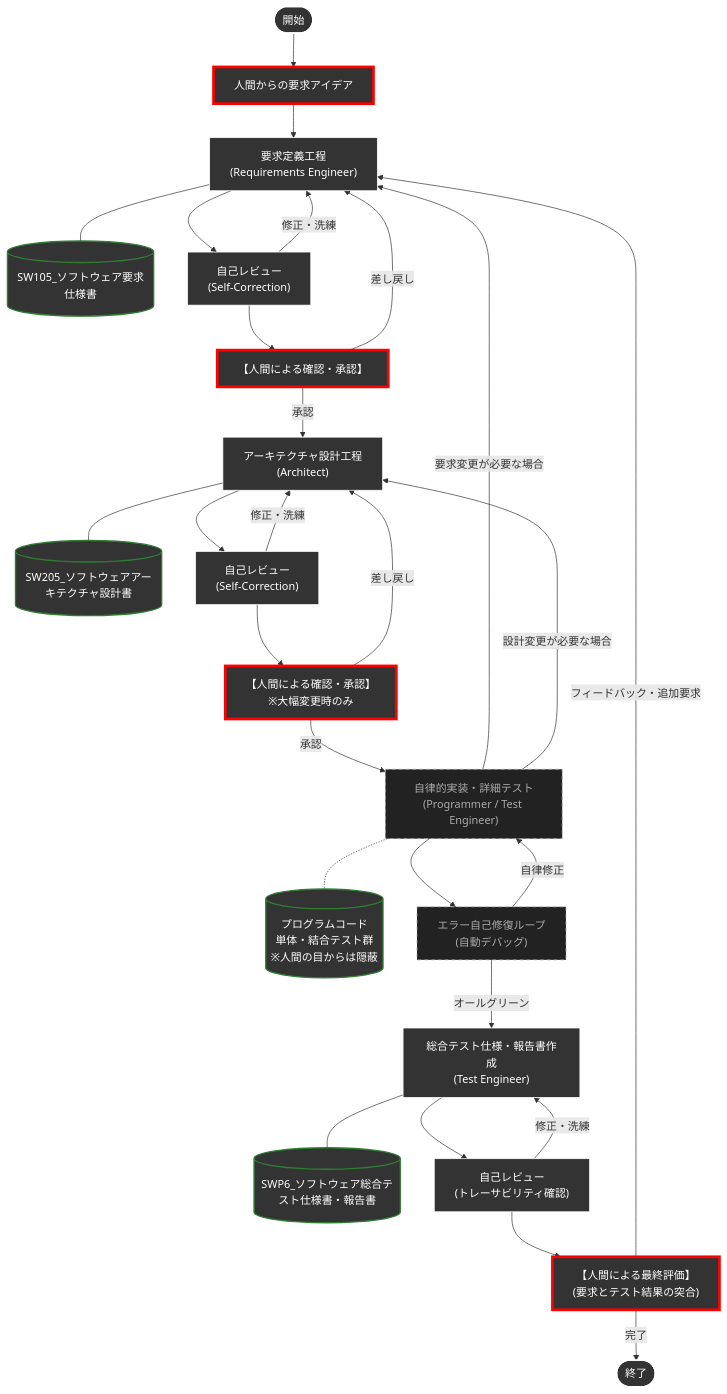
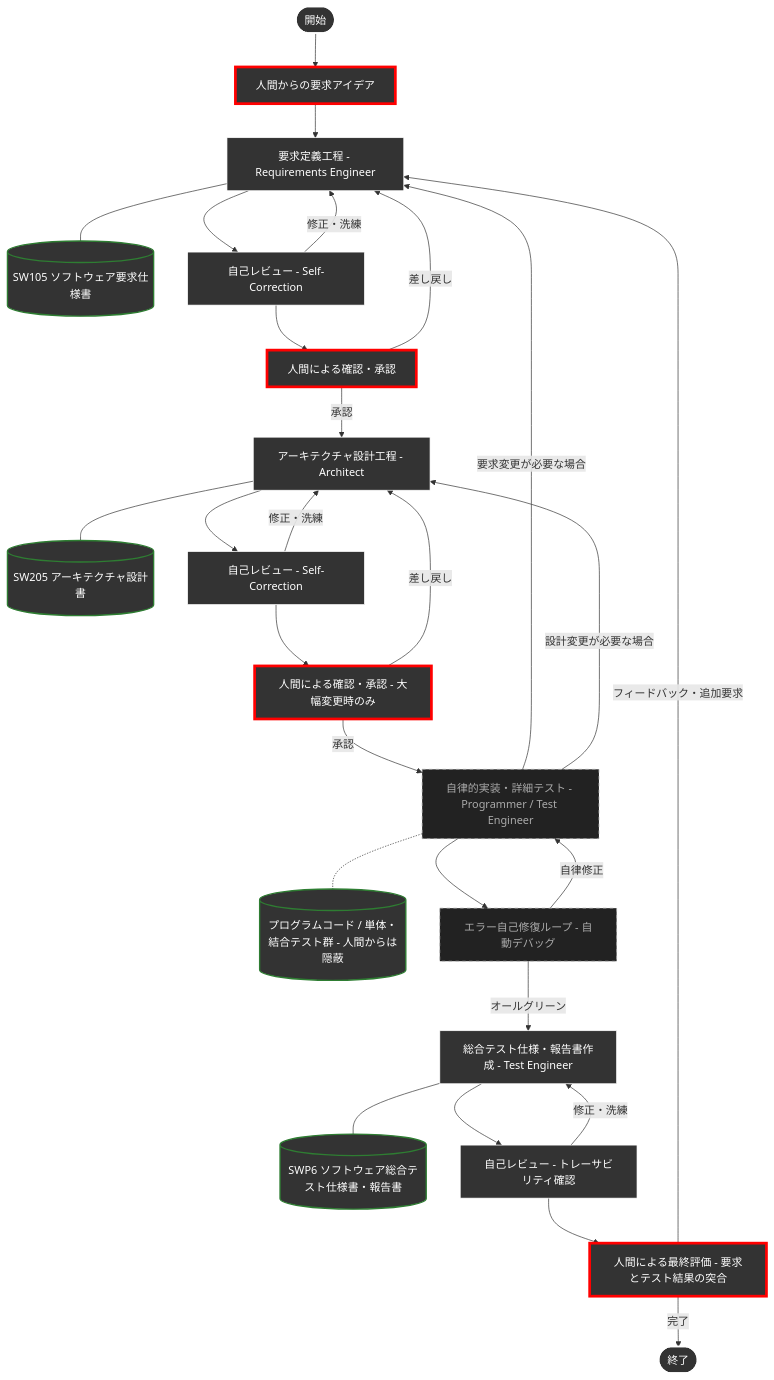
Before and after one commit to yamaPiT/SmartScene: the diagram in README.md, drawn with Mermaid. The commit also changed 3 other files, not shown here.

````diff
--- a/README.md
+++ b/README.md
@@ -40,45 +40,46 @@
 ```mermaid
 graph TD
     Start(["開始"]) --> UserReq["人間からの要求アイデア"]
-    UserReq --> Req["要求定義工程<br>(Requirements Engineer)"]
-    Req --- ReqDoc[("SW105_ソフトウェア要求仕様書")]
-    Req --> ReqRev["自己レビュー<br>(Self-Correction)"]
+    UserReq --> Req["要求定義工程 - Requirements Engineer"]
+    Req --- ReqDoc[("SW105 ソフトウェア要求仕様書")]
+    Req --> ReqRev["自己レビュー - Self-Correction"]
     ReqRev -- 修正・洗練 --> Req
-    ReqRev --> ReqHum["【人間による確認・承認】"]
+    ReqRev --> ReqHum["人間による確認・承認"]
     ReqHum -- 差し戻し --> Req
-    ReqHum -- 承認 --> Arch["アーキテクチャ設計工程<br>(Architect)"]
+    ReqHum -- 承認 --> Arch["アーキテクチャ設計工程 - Architect"]
 
-    Arch --- ArchDoc[("SW205_ソフトウェアアーキテクチャ設計書")]
-    Arch --> ArchRev["自己レビュー<br>(Self-Correction)"]
+    Arch --- ArchDoc[("SW205 アーキテクチャ設計書")]
+    Arch --> ArchRev["自己レビュー - Self-Correction"]
     ArchRev -- 修正・洗練 --> Arch
-    ArchRev --> ArchHum["【人間による確認・承認】<br>※大幅変更時のみ"]
+    ArchRev --> ArchHum["人間による確認・承認 - 大幅変更時のみ"]
     ArchHum -- 差し戻し --> Arch
-    ArchHum -- 承認 --> Impl["自律的実装・詳細テスト<br>(Programmer / Test Engineer)"]
+    ArchHum -- 承認 --> Impl["自律的実装・詳細テスト - Programmer / Test Engineer"]
 
-    Impl -.- ProgDoc[("プログラムコード<br>単体・結合テスト群<br>※人間の目からは隠蔽")]
-    Impl --> ImplLoop["エラー自己修復ループ<br>(自動デバッグ)"]
+    Impl -.- ProgDoc[("プログラムコード / 単体・結合テスト群 - 人間からは隠蔽")]
+    Impl --> ImplLoop["エラー自己修復ループ - 自動デバッグ"]
     ImplLoop -- 自律修正 --> Impl
     Impl -- 要求変更が必要な場合 --> Req
     Impl -- 設計変更が必要な場合 --> Arch
-    ImplLoop -- オールグリーン --> Test["総合テスト仕様・報告書作成<br>(Test Engineer)"]
+    ImplLoop -- オールグリーン --> Test["総合テスト仕様・報告書作成 - Test Engineer"]
 
-    Test --- TestDoc[("SWP6_ソフトウェア総合テスト仕様書・報告書")]
-    Test --> TestRev["自己レビュー<br>(トレーサビリティ確認)"]
+    Test --- TestDoc[("SWP6 ソフトウェア総合テスト仕様書・報告書")]
+    Test --> TestRev["自己レビュー - トレーサビリティ確認"]
     TestRev -- 修正・洗練 --> Test
 
-    TestRev --> Approve["【人間による最終評価】<br>(要求とテスト結果の突合)"]
+    TestRev --> Approve["人間による最終評価 - 要求とテスト結果の突合"]
     Approve -- フィードバック・追加要求 --> Req
     Approve -- 完了 --> End(["終了"])
 
+    %% スタイル定義
     classDef human fill:#333333,stroke:#ff0000,stroke-width:4px,color:#ffffff;
     classDef agent fill:#333333,stroke:#FFFFFF,stroke-width:1px,color:#ffffff;
     classDef doc fill:#333333,stroke:#2e7d32,stroke-width:2px,color:#ffffff;
     classDef hiddenAgent fill:#222222,stroke:#aaaaaa,stroke-width:1px,stroke-dasharray: 5 5,color:#aaaaaa;
     classDef startEnd fill:#333333,stroke:#ffffff,stroke-width:2px,color:#ffffff;
 
     class UserReq,ReqHum,ArchHum,Approve human;
     class Req,ReqRev,Arch,ArchRev,Test,TestRev agent;
     class Impl,ImplLoop hiddenAgent;
     class ReqDoc,ArchDoc,ProgDoc,TestDoc doc;
     class Start,End startEnd;
 ```
````
